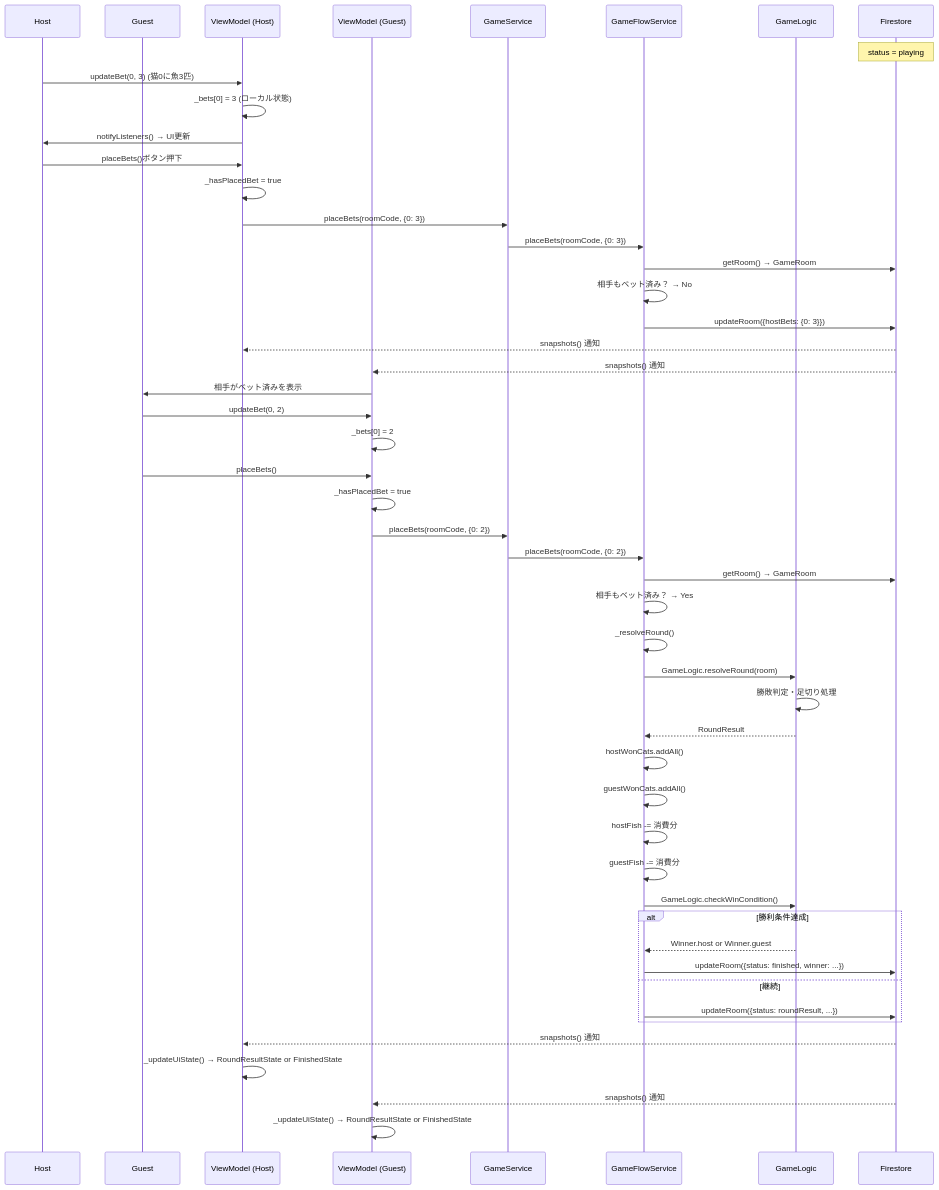
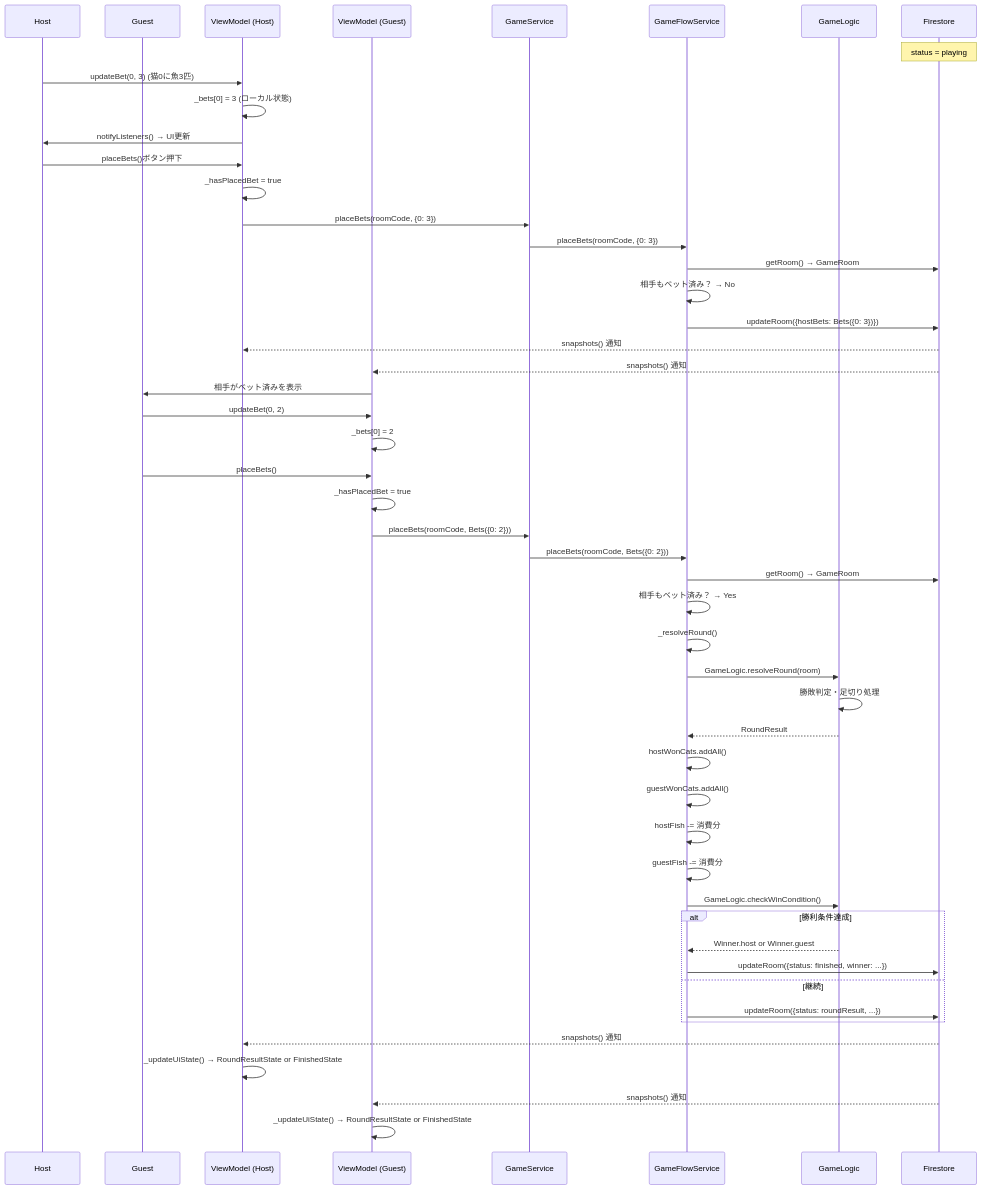
Before and after one commit to YotaMomose/battle_for_the_cats: the sixth of 12 diagrams in docs/architecture/05_data_flow.md, drawn with Mermaid. The commit also changed 4 other files, not shown here.

````diff
--- a/docs/architecture/05_data_flow.md
+++ b/docs/architecture/05_data_flow.md
@@ -251,66 +251,66 @@
 ```mermaid
 sequenceDiagram
     participant H as Host
     participant G as Guest
     participant VMH as ViewModel (Host)
     participant VMG as ViewModel (Guest)
     participant GS as GameService
     participant GFS as GameFlowService
     participant GL as GameLogic
     participant FS as Firestore
     
     Note over FS: status = playing
     
     H->>VMH: updateBet(0, 3) (猫0に魚3匹)
     VMH->>VMH: _bets[0] = 3 (ローカル状態)
     VMH->>H: notifyListeners() → UI更新
     
     H->>VMH: placeBets()ボタン押下
     VMH->>VMH: _hasPlacedBet = true
     VMH->>GS: placeBets(roomCode, {0: 3})
     GS->>GFS: placeBets(roomCode, {0: 3})
     
     GFS->>FS: getRoom() → GameRoom
     GFS->>GFS: 相手もベット済み？ → No
-    GFS->>FS: updateRoom({hostBets: {0: 3}})
+    GFS->>FS: updateRoom({hostBets: Bets({0: 3})})
     
     FS-->>VMH: snapshots() 通知
     FS-->>VMG: snapshots() 通知
     VMG->>G: 相手がベット済みを表示
     
     G->>VMG: updateBet(0, 2)
     VMG->>VMG: _bets[0] = 2
     
     G->>VMG: placeBets()
     VMG->>VMG: _hasPlacedBet = true
-    VMG->>GS: placeBets(roomCode, {0: 2})
-    GS->>GFS: placeBets(roomCode, {0: 2})
+    VMG->>GS: placeBets(roomCode, Bets({0: 2}))
+    GS->>GFS: placeBets(roomCode, Bets({0: 2}))
     
     GFS->>FS: getRoom() → GameRoom
     GFS->>GFS: 相手もベット済み？ → Yes
     GFS->>GFS: _resolveRound()
     
     GFS->>GL: GameLogic.resolveRound(room)
     GL->>GL: 勝敗判定・足切り処理
     GL-->>GFS: RoundResult
     
     GFS->>GFS: hostWonCats.addAll()
     GFS->>GFS: guestWonCats.addAll()
     GFS->>GFS: hostFish -= 消費分
     GFS->>GFS: guestFish -= 消費分
     
     GFS->>GL: GameLogic.checkWinCondition()
     
     alt 勝利条件達成
         GL-->>GFS: Winner.host or Winner.guest
         GFS->>FS: updateRoom({status: finished, winner: ...})
     else 継続
         GFS->>FS: updateRoom({status: roundResult, ...})
     end
     
     FS-->>VMH: snapshots() 通知
     VMH->>VMH: _updateUiState() → RoundResultState or FinishedState
     
     FS-->>VMG: snapshots() 通知
     VMG->>VMG: _updateUiState() → RoundResultState or FinishedState
 ```
````
